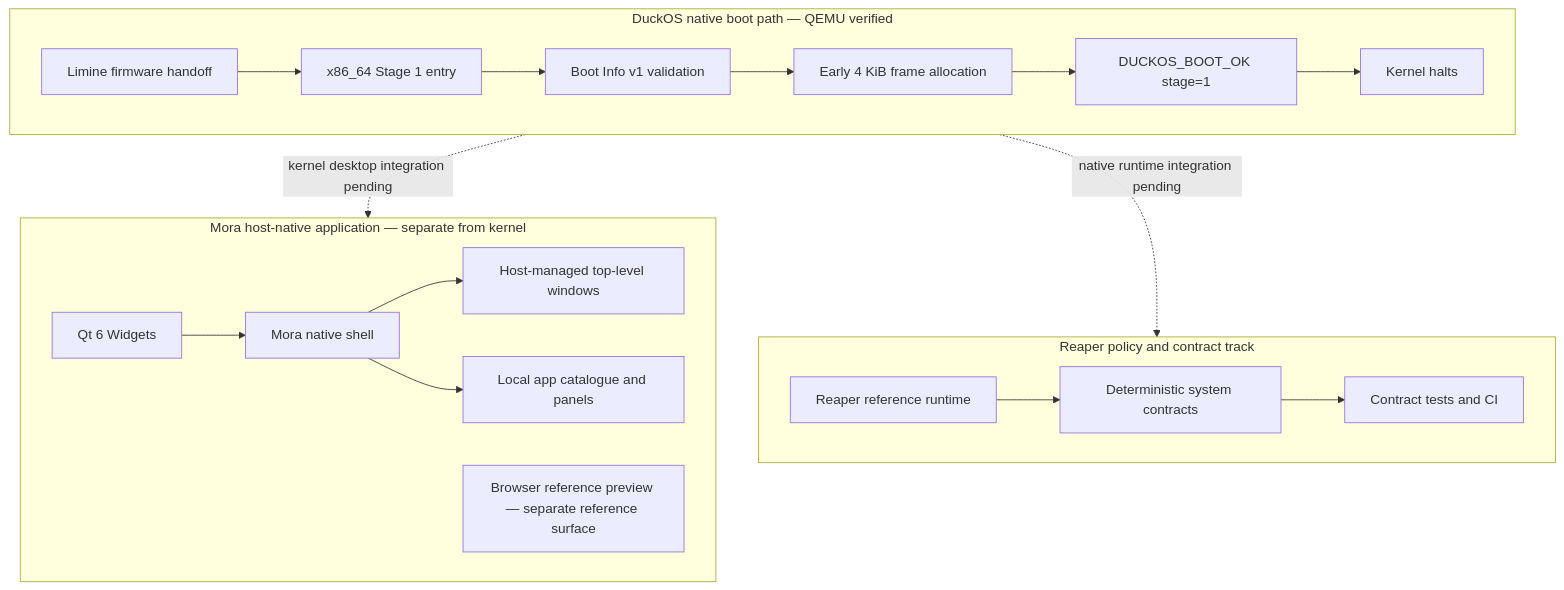
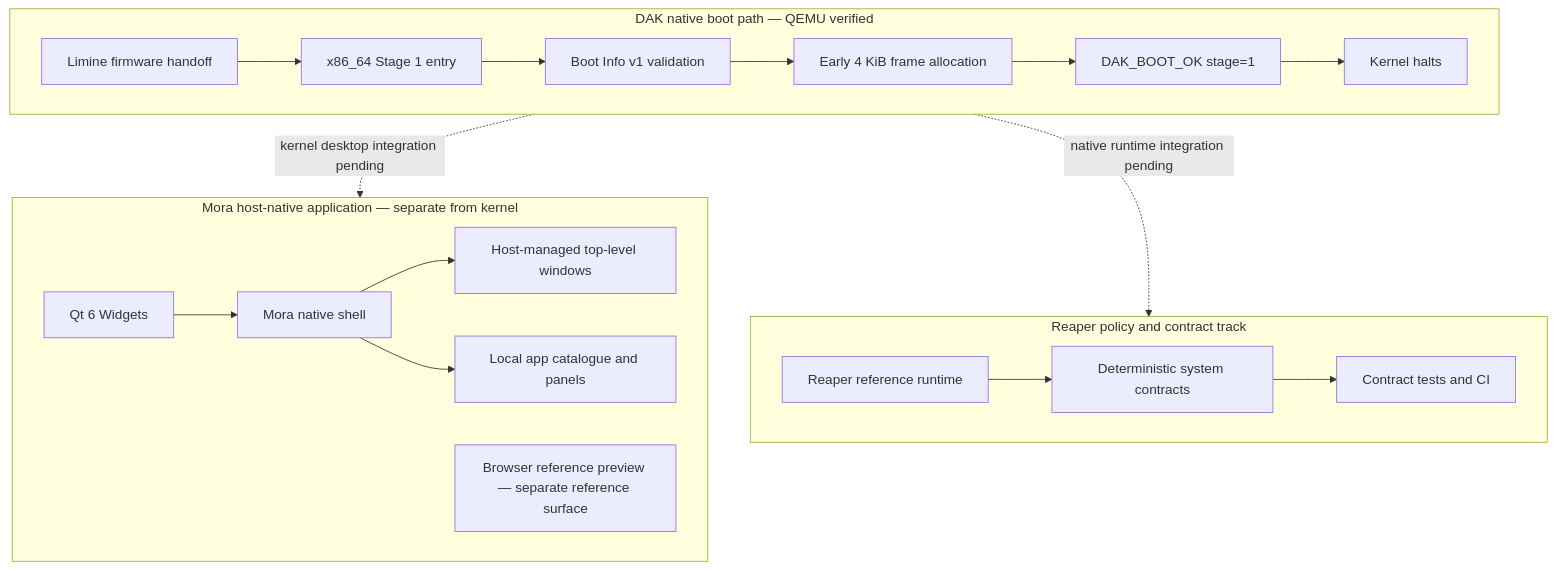
One commit to Ivan-VHS/DAK changed the diagram in README.md. Above: the diagram before and after it, drawn with Mermaid. The commit also changed other lines of this file and 188 other files, not shown here.

Commit message:
refactor(dak): rename DuckOS identifiers to DAK

````diff
--- a/README.md
+++ b/README.md
@@ -26,25 +26,25 @@
 ```mermaid
 flowchart TB
-  subgraph BOOT["DuckOS native boot path — QEMU verified"]
+  subgraph BOOT["DAK native boot path — QEMU verified"]
     L["Limine firmware handoff"] --> B["x86_64 Stage 1 entry"]
     B --> V["Boot Info v1 validation"]
     V --> F["Early 4 KiB frame allocation"]
-    F --> M["DUCKOS_BOOT_OK stage=1"]
+    F --> M["DAK_BOOT_OK stage=1"]
     M --> H["Kernel halts"]
   end
 
   subgraph POLICY["Reaper policy and contract track"]
     R["Reaper reference runtime"] --> C["Deterministic system contracts"]
     C --> T["Contract tests and CI"]
   end
 
   subgraph HOST["Mora host-native application — separate from kernel"]
     Q["Qt 6 Widgets"] --> S["Mora native shell"]
     S --> A["Host-managed top-level windows"]
     S --> P["Local app catalogue and panels"]
     W["Browser reference preview — separate reference surface"]
   end
 
   BOOT -.->|kernel desktop integration pending| HOST
   BOOT -.->|native runtime integration pending| POLICY
 ```
````
